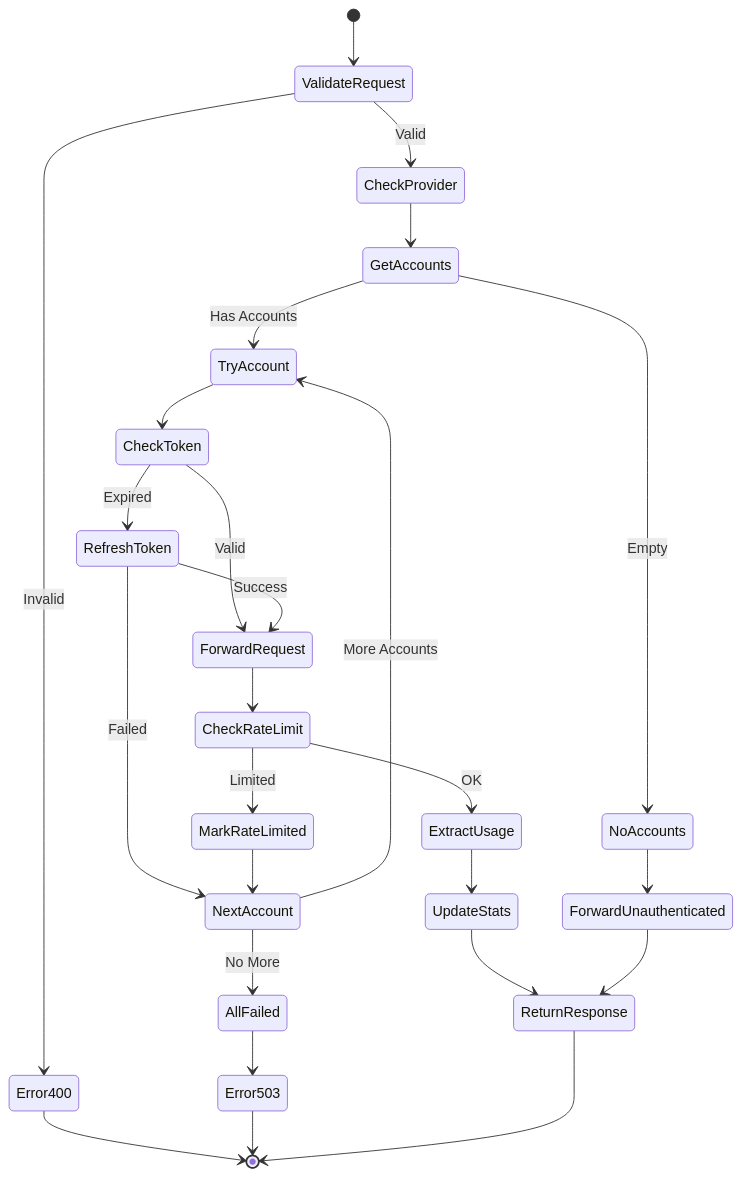
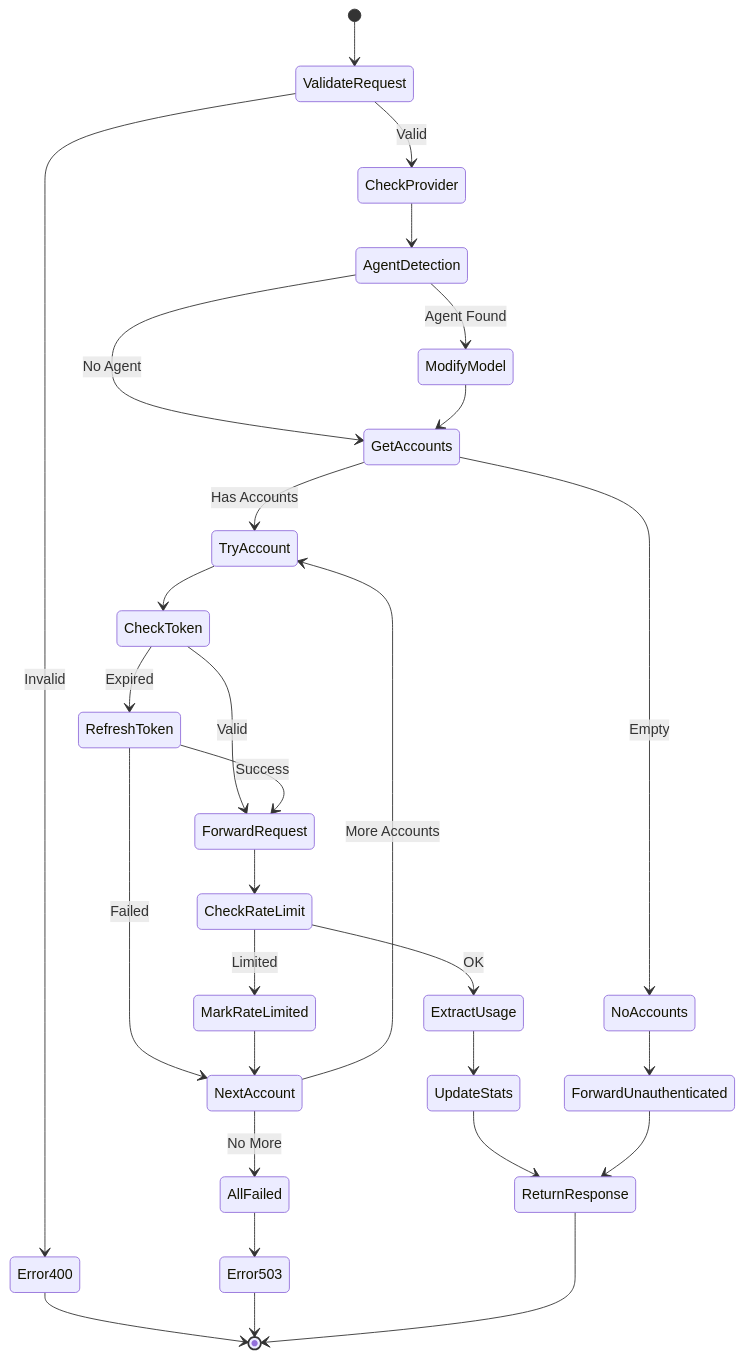
One commit to tombii/better-ccflare changed the tenth of 25 diagrams in docs/architecture.md. Above: the diagram before and after it, drawn with Mermaid. The commit also changed other lines of this file and 14 other files, not shown here.

First line of the commit message:
docs(docs): overhaul architecture and CLI documentation

````diff
--- a/docs/architecture.md
+++ b/docs/architecture.md
@@ -373,35 +522,39 @@
 ```mermaid
 stateDiagram-v2
     [*] --> ValidateRequest
     ValidateRequest --> CheckProvider: Valid
     ValidateRequest --> Error400: Invalid
     
-    CheckProvider --> GetAccounts
+    CheckProvider --> AgentDetection
+    AgentDetection --> ModifyModel: Agent Found
+    AgentDetection --> GetAccounts: No Agent
+    
+    ModifyModel --> GetAccounts
     GetAccounts --> NoAccounts: Empty
     GetAccounts --> TryAccount: Has Accounts
     
     NoAccounts --> ForwardUnauthenticated
     
     TryAccount --> CheckToken
     CheckToken --> RefreshToken: Expired
     CheckToken --> ForwardRequest: Valid
     RefreshToken --> ForwardRequest: Success
     RefreshToken --> NextAccount: Failed
     
     ForwardRequest --> CheckRateLimit
     CheckRateLimit --> MarkRateLimited: Limited
     CheckRateLimit --> ExtractUsage: OK
     MarkRateLimited --> NextAccount
     
     ExtractUsage --> UpdateStats
     UpdateStats --> ReturnResponse
     
     NextAccount --> TryAccount: More Accounts
     NextAccount --> AllFailed: No More
     
     ForwardUnauthenticated --> ReturnResponse
     AllFailed --> Error503
     Error400 --> [*]
     Error503 --> [*]
     ReturnResponse --> [*]
 ```
````
